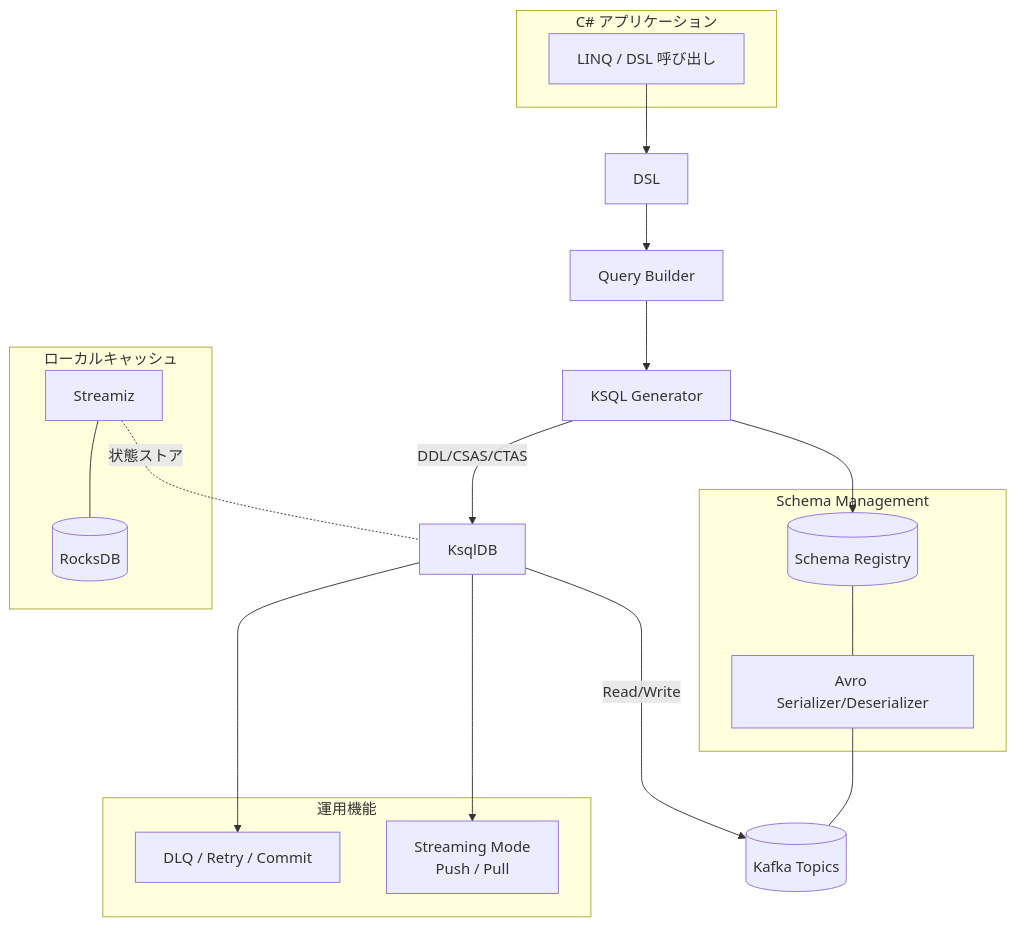
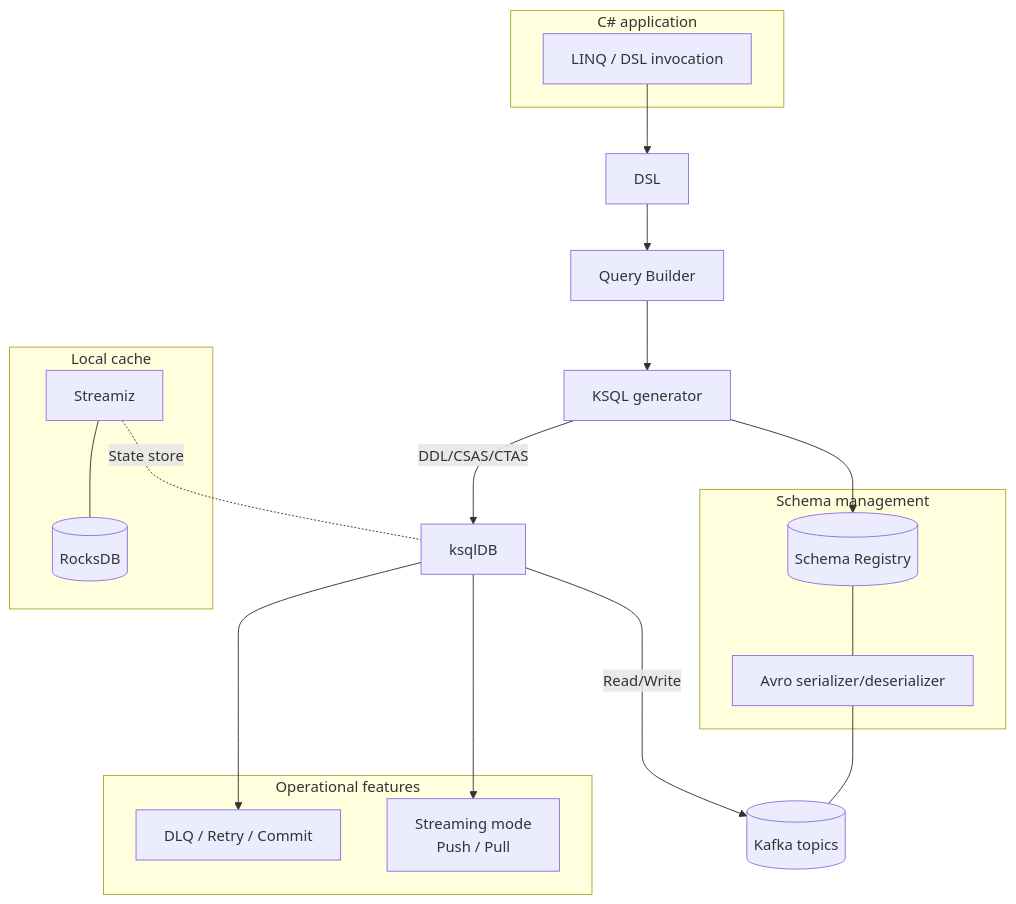
The diagram in README.md (sage-mt07/experimental), drawn with Mermaid before and after one commit. The commit also changed other lines of this file and 9 other files, not shown here.

````diff
--- a/README.md
+++ b/README.md
@@ -54,39 +55,39 @@
 ```mermaid
 flowchart TB
-    subgraph App["C# アプリケーション"]
-        A[LINQ / DSL 呼び出し]
+    subgraph App["C# application"]
+        A[LINQ / DSL invocation]
     end
 
     A --> B[DSL]
     B --> C[Query Builder]
-    C --> D[KSQL Generator]
-    D -->|DDL/CSAS/CTAS| E[KsqlDB]
-    E -->|Read/Write| F[(Kafka Topics)]
+    C --> D[KSQL generator]
+    D -->|DDL/CSAS/CTAS| E[ksqlDB]
+    E -->|Read/Write| F[(Kafka topics)]
 
-    %% 補助コンポーネント
-    subgraph Schema["Schema Management"]
+    %% Supporting components
+    subgraph Schema["Schema management"]
         SR[(Schema Registry)]
-        AV[Avro Serializer/Deserializer]
+        AV[Avro serializer/deserializer]
     end
 
     D --> SR
     SR --- AV
     AV --- F
 
-    %% 運用・モード
-    subgraph Ops["運用機能"]
+    %% Operations and modes
+    subgraph Ops["Operational features"]
         EH[DLQ / Retry / Commit]
-        MODE[Streaming Mode\nPush / Pull]
+        MODE[Streaming mode\nPush / Pull]
     end
 
     E ---> EH
     E ---> MODE
 
-    %% キャッシュ層
-    subgraph Cache["ローカルキャッシュ"]
+    %% Cache layer
+    subgraph Cache["Local cache"]
         ST[Streamiz]
         RDB[(RocksDB)]
     end
     ST --- RDB
-    ST -. 状態ストア .- E
+    ST -. State store .- E
 ```
````
